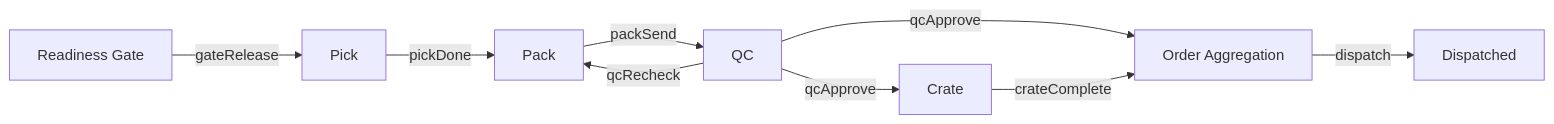
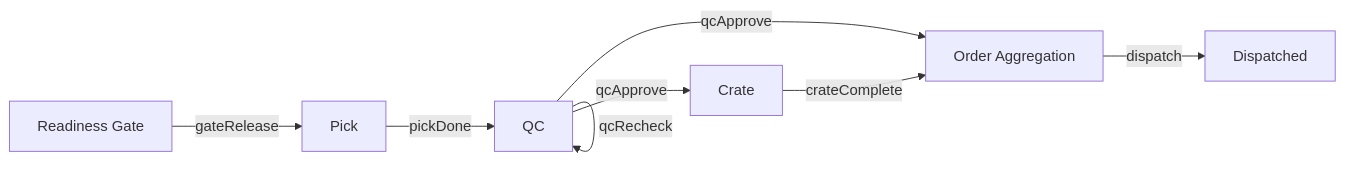
The diagram in vault/Data Model/items.md (Yhelie08/Supply-Chain-SystemV2), drawn with Mermaid before and after one commit. The commit also changed other lines of this file and 350 other files, not shown here.

````diff
--- a/vault/Data Model/items.md
+++ b/vault/Data Model/items.md
@@ -27,11 +30,10 @@
 ```mermaid
 flowchart LR
   Readiness_Gate["Readiness Gate"] -->|gateRelease| Pick["Pick"]
-  Pick["Pick"] -->|pickDone| Pack["Pack"]
-  Pack["Pack"] -->|packSend| QC["QC"]
+  Pick["Pick"] -->|pickDone| QC["QC"]
   QC["QC"] -->|qcApprove| Crate["Crate"]
   QC["QC"] -->|qcApprove| Order_Aggregation["Order Aggregation"]
   Crate["Crate"] -->|crateComplete| Order_Aggregation["Order Aggregation"]
-  QC["QC"] -->|qcRecheck| Pack["Pack"]
+  QC["QC"] -->|qcRecheck| QC["QC"]
   Order_Aggregation["Order Aggregation"] -->|dispatch| Dispatched["Dispatched"]
 ```
````
